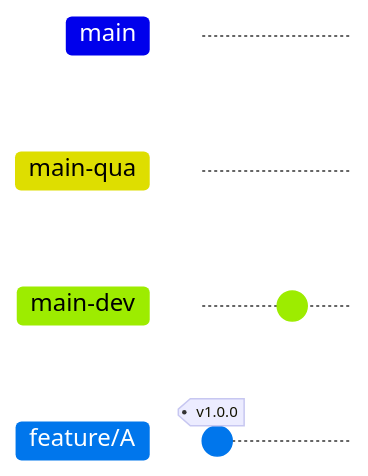
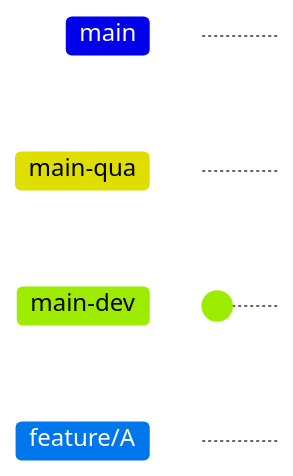
Before and after one commit to petitess/markdown: the first of 4 diagrams in mermaid04.md, drawn with Mermaid. Commit ids are hidden.

````diff
--- a/mermaid04.md
+++ b/mermaid04.md
@@ -1,10 +1,9 @@
 ```mermaid
 
 gitGraph
        branch main-qua
        branch main-dev
        branch feature/A
-       commit tag:"v1.0.0"
        checkout main-dev
        commit
 ```
````
